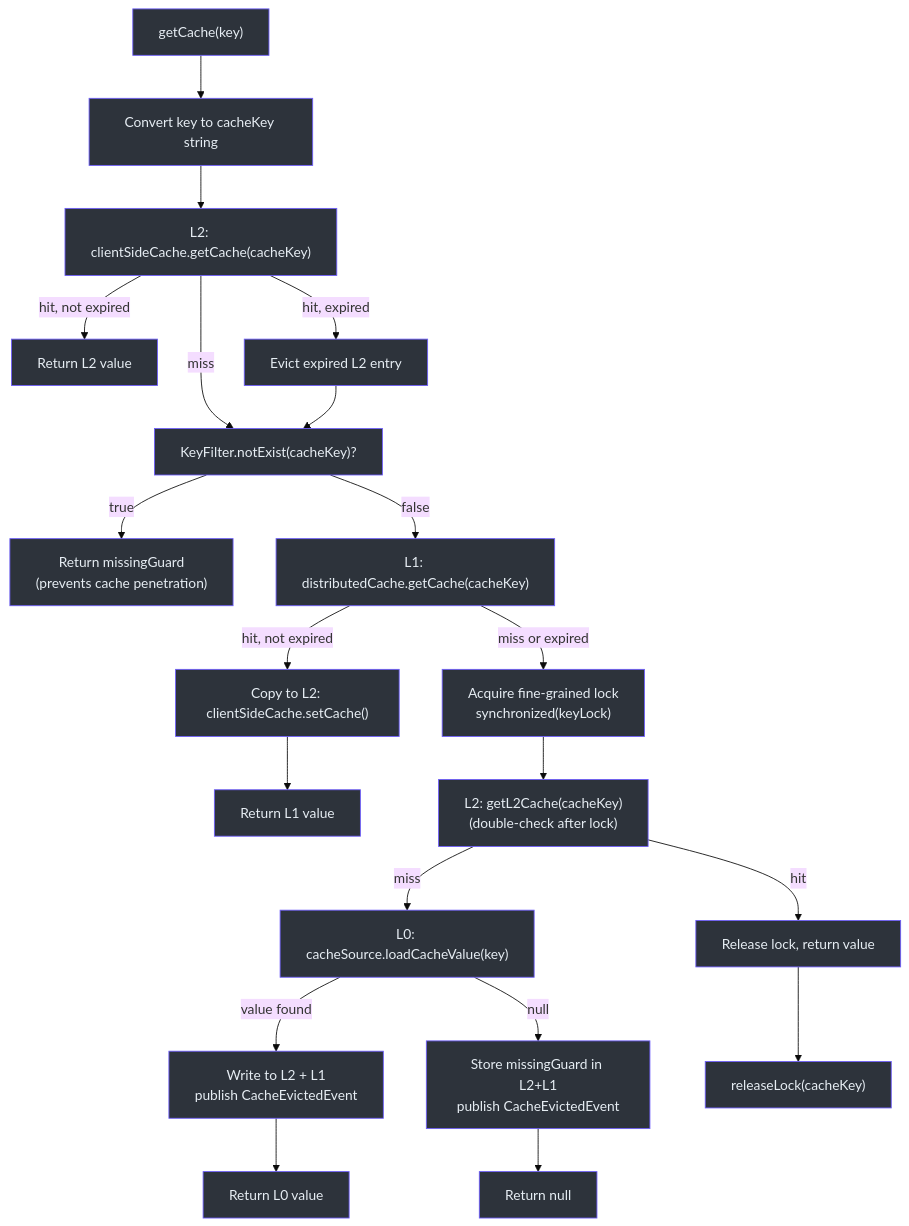
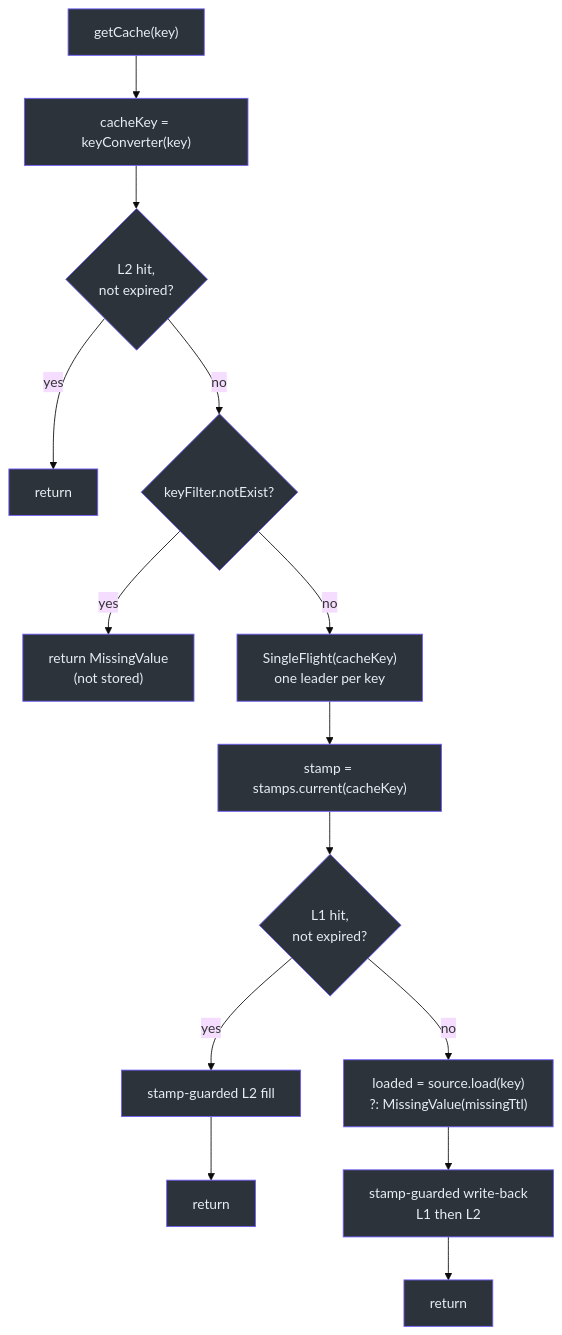
One commit to Ahoo-Wang/CoCache changed the fourth of 4 diagrams in wiki/architecture/cache-layers.md. Above: the diagram before and after it, drawn with Mermaid (base theme). The commit also changed other lines of this file and 256 other files, not shown here.

````diff
--- a/wiki/architecture/cache-layers.md
+++ b/wiki/architecture/cache-layers.md
@@ -202,51 +136,29 @@
 ```mermaid
 flowchart TD
-    Start["getCache(key)"] --> ConvertKey["Convert key to cacheKey string"]
-    ConvertKey --> L2Check1["L2: clientSideCache.getCache(cacheKey)"]
-
-    L2Check1 -->|hit, not expired| ReturnL2["Return L2 value"]
-    L2Check1 -->|hit, expired| EvictExpiredL2["Evict expired L2 entry"]
-    L2Check1 -->|miss| KeyFilterCheck["KeyFilter.notExist(cacheKey)?"]
-
-    EvictExpiredL2 --> KeyFilterCheck
-
-    KeyFilterCheck -->|true| ReturnMissingGuard["Return missingGuard<br>(prevents cache penetration)"]
-    KeyFilterCheck -->|false| L1Check["L1: distributedCache.getCache(cacheKey)"]
-
-    L1Check -->|hit, not expired| SetL2["Copy to L2: clientSideCache.setCache()"]
-    SetL2 --> ReturnL1Value["Return L1 value"]
-    L1Check -->|miss or expired| AcquireLock["Acquire fine-grained lock<br>synchronized(keyLock)"]
-
-    AcquireLock --> L2Check2["L2: getL2Cache(cacheKey)<br>(double-check after lock)"]
-    L2Check2 -->|hit| ReleaseLockReturn["Release lock, return value"]
-    L2Check2 -->|miss| L0Load["L0: cacheSource.loadCacheValue(key)"]
-
-    L0Load -->|value found| WriteBoth["Write to L2 + L1<br>publish CacheEvictedEvent"]
-    WriteBoth --> ReturnL0Value["Return L0 value"]
-
-    L0Load -->|null| WriteMissingGuard["Store missingGuard in L2+L1<br>publish CacheEvictedEvent"]
-    WriteMissingGuard --> ReturnNull["Return null"]
-
-    ReleaseLockReturn --> ReleaseLock["releaseLock(cacheKey)"]
+    Start["getCache(key)"] --> Convert["cacheKey = keyConverter(key)"]
+    Convert --> L2{"L2 hit,<br>not expired?"}
+    L2 -->|yes| RetL2["return"]
+    L2 -->|no| Filter{"keyFilter.notExist?"}
+    Filter -->|yes| RetMissing["return MissingValue<br>(not stored)"]
+    Filter -->|no| Flight["SingleFlight(cacheKey)<br>one leader per key"]
+    Flight --> Stamp["stamp = stamps.current(cacheKey)"]
+    Stamp --> L1{"L1 hit,<br>not expired?"}
+    L1 -->|yes| Fill["stamp-guarded L2 fill"] --> RetL1["return"]
+    L1 -->|no| Load["loaded = source.load(key)<br>?: MissingValue(missingTtl)"]
+    Load --> WB["stamp-guarded write-back<br>L1 then L2"] --> RetLoad["return"]
 
     style Start fill:#2d333b,stroke:#6d5dfc,color:#e6edf3
-    style ConvertKey fill:#2d333b,stroke:#6d5dfc,color:#e6edf3
-    style L2Check1 fill:#2d333b,stroke:#6d5dfc,color:#e6edf3
-    style ReturnL2 fill:#2d333b,stroke:#6d5dfc,color:#e6edf3
-    style EvictExpiredL2 fill:#2d333b,stroke:#6d5dfc,color:#e6edf3
-    style KeyFilterCheck fill:#2d333b,stroke:#6d5dfc,color:#e6edf3
-    style ReturnMissingGuard fill:#2d333b,stroke:#6d5dfc,color:#e6edf3
-    style L1Check fill:#2d333b,stroke:#6d5dfc,color:#e6edf3
-    style SetL2 fill:#2d333b,stroke:#6d5dfc,color:#e6edf3
-    style ReturnL1Value fill:#2d333b,stroke:#6d5dfc,color:#e6edf3
-    style AcquireLock fill:#2d333b,stroke:#6d5dfc,color:#e6edf3
-    style L2Check2 fill:#2d333b,stroke:#6d5dfc,color:#e6edf3
-    style ReleaseLockReturn fill:#2d333b,stroke:#6d5dfc,color:#e6edf3
-    style L0Load fill:#2d333b,stroke:#6d5dfc,color:#e6edf3
-    style WriteBoth fill:#2d333b,stroke:#6d5dfc,color:#e6edf3
-    style ReturnL0Value fill:#2d333b,stroke:#6d5dfc,color:#e6edf3
-    style WriteMissingGuard fill:#2d333b,stroke:#6d5dfc,color:#e6edf3
-    style ReturnNull fill:#2d333b,stroke:#6d5dfc,color:#e6edf3
-    style ReleaseLock fill:#2d333b,stroke:#6d5dfc,color:#e6edf3
-
+    style Convert fill:#2d333b,stroke:#6d5dfc,color:#e6edf3
+    style L2 fill:#2d333b,stroke:#6d5dfc,color:#e6edf3
+    style RetL2 fill:#2d333b,stroke:#6d5dfc,color:#e6edf3
+    style Filter fill:#2d333b,stroke:#6d5dfc,color:#e6edf3
+    style RetMissing fill:#2d333b,stroke:#6d5dfc,color:#e6edf3
+    style Flight fill:#2d333b,stroke:#6d5dfc,color:#e6edf3
+    style Stamp fill:#2d333b,stroke:#6d5dfc,color:#e6edf3
+    style L1 fill:#2d333b,stroke:#6d5dfc,color:#e6edf3
+    style Fill fill:#2d333b,stroke:#6d5dfc,color:#e6edf3
+    style RetL1 fill:#2d333b,stroke:#6d5dfc,color:#e6edf3
+    style Load fill:#2d333b,stroke:#6d5dfc,color:#e6edf3
+    style WB fill:#2d333b,stroke:#6d5dfc,color:#e6edf3
+    style RetLoad fill:#2d333b,stroke:#6d5dfc,color:#e6edf3
 ```
````
